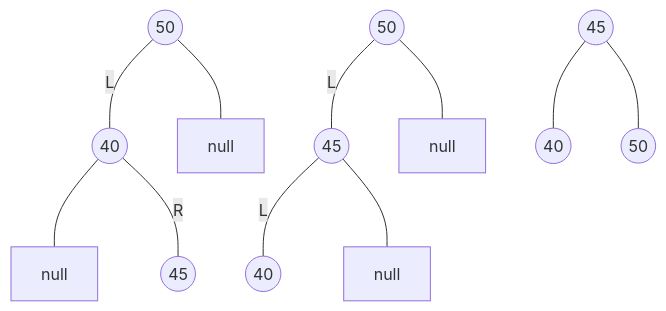
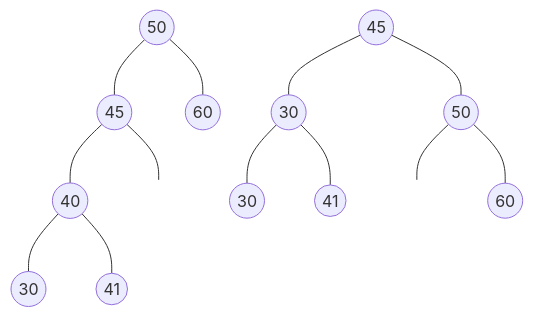
Before and after one commit to chupai/website-hugo: diagram 14 of 14 in content/posts/2007/ds_avl-tree.md, drawn with Mermaid. The commit also changed other lines of this file and 49 other files, not shown here.

````diff
--- a/content/posts/2007/ds_avl-tree.md
+++ b/content/posts/2007/ds_avl-tree.md
@@ -227,14 +316,13 @@
 ```mermaid
 graph TB;
-  A((50)) --- |L| B((40));
-  A((50)) --- n1[null];
-  B((40)) --- n2[null];
-  B((40)) --- |R| C((45));
+  AA((50)) --- BB((45)) & CC((60));
+  BB((45)) --- DD((40)) & n11((null))
+  DD((40)) --- FF((30)) & EE((41));
 
-  A2((50)) --- |L| B2((40));
-  A2((50)) --- n12[null];
-  B2((45)) --- |L| C2((40));
-  B2((45)) --- n22[null];
+  A((45)) --- B((40)) & C((50));
+  B((30)) --- D((30)) & E((41));
+  C((50)) --- n1((null)) & F((60));
   
-  A3((45)) --- B3((40)) & C3((50));
+  class n1,n11 transparent;
+  classDef transparent fill:transparent,color:transparent,stroke:transparent;
 ```
````
